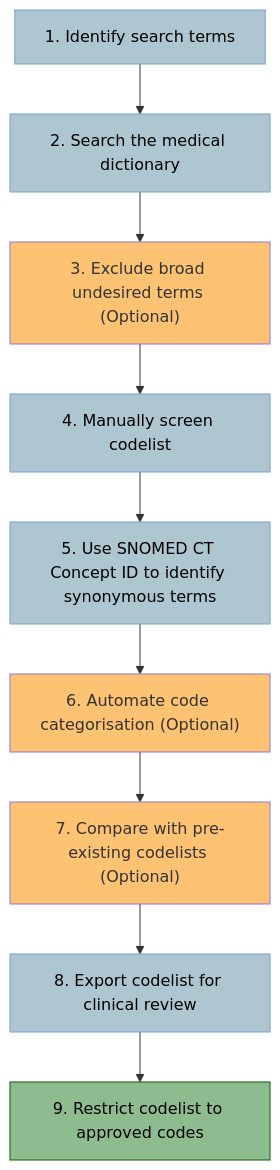
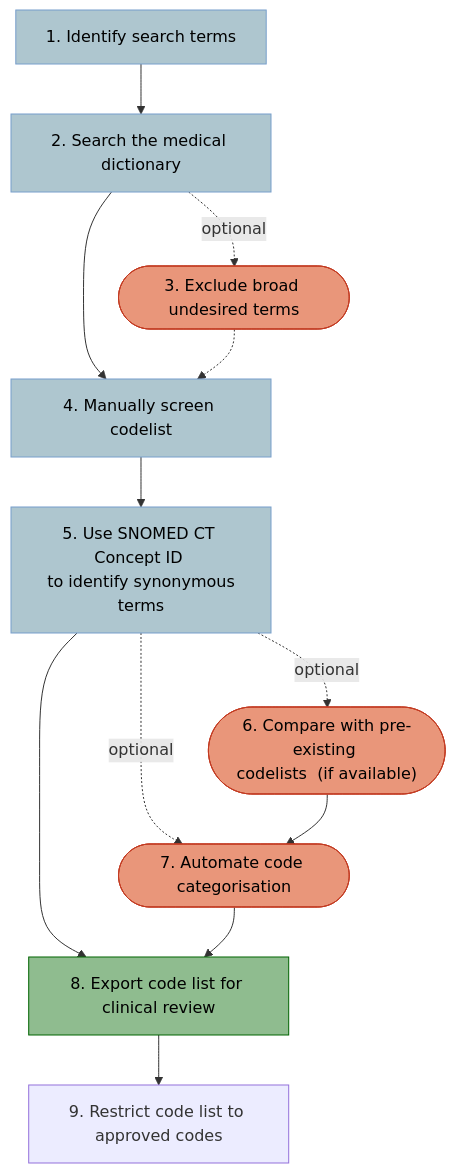
One commit to NHLI-Respiratory-Epi/SNOMED-CT-codelists changed the diagram in README.md. Above: the diagram before and after it, drawn with Mermaid.

````diff
--- a/README.md
+++ b/README.md
@@ -6,23 +6,25 @@
 ```mermaid
-flowchart TD
-    A["1. Identify search terms"] --> B["2. Search the medical dictionary"]
-    B --> C["3. Exclude broad undesired terms (Optional)"]
-    C --> D["4. Manually screen codelist"]
-    D --> E["5. Use SNOMED CT Concept ID to identify synonymous terms"]
-    E --> F["6. Automate code categorisation (Optional)"]
-    F --> G["7. Compare with pre-existing codelists (Optional)"]
-    G --> H[8. Export codelist for clinical review]
-    H --> I[9. Restrict codelist to approved codes]
+ flowchart TD
+ A[1. Identify search terms] --> B[2. Search the medical dictionary]
+    B -. optional .-> C([3. Exclude broad undesired terms])
+    B --> D[4. Manually screen codelist]
+    C -.-> D
+    D --> E[5. Use SNOMED CT Concept ID <br> to identify synonymous terms]
+    E -. optional .-> F(["6. Compare with pre-existing <br>codelists  (if available)"])
+    E -. optional .-> G(["7. Automate code categorisation"])
+    E --> H[8. Export code list for clinical review]
+    F --> G
+    G --> H
+    H --> I[9. Restrict code list to approved codes]
     A:::step
     B:::step
     C:::optional
     D:::step
     E:::step
     F:::optional
     G:::optional
-    H:::step
-    I:::final
+    H:::final
     classDef step color:black, fill:#aec6cf, stroke:#779ecb
-    classDef optional fill:#FDC272
+    classDef optional color:black, fill:#e9967a, stroke:#c23b22
     classDef final color:black, fill:#8fbc8f, stroke:#006400
 ```
````
